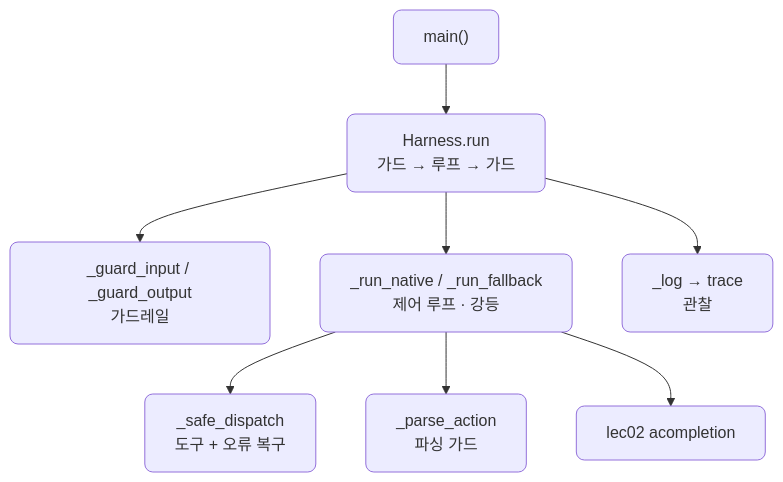
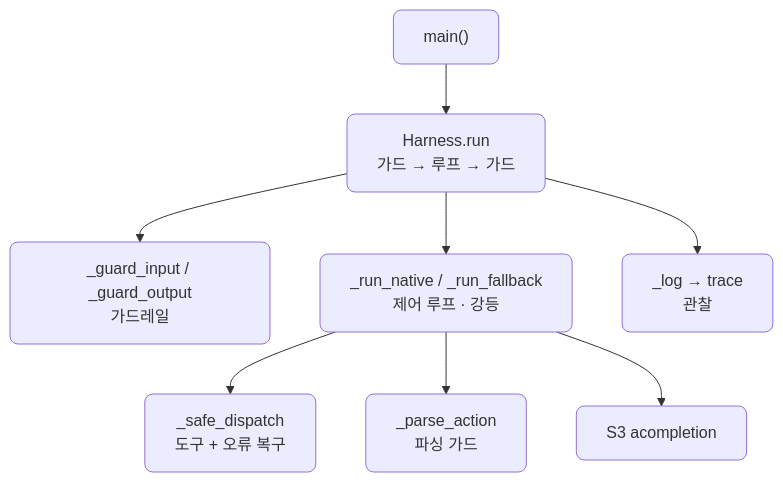
One commit to CodeCompose7/ai_service_engineering changed the tenth of 12 diagrams in docs/section4/lec02/README.md. Above: the diagram before and after it, drawn with Mermaid. The commit also changed 12 other files, not shown here.

````diff
--- a/docs/section4/lec02/README.md
+++ b/docs/section4/lec02/README.md
@@ -193,11 +193,11 @@
 ```mermaid
 flowchart TB
   MAIN["main()"] --> RUN["Harness.run<br/>가드 → 루프 → 가드"]
   RUN --> GI["_guard_input / _guard_output<br/>가드레일"]
   RUN --> RN["_run_native / _run_fallback<br/>제어 루프 · 강등"]
   RN --> SD["_safe_dispatch<br/>도구 + 오류 복구"]
   RN --> PA["_parse_action<br/>파싱 가드"]
-  RN --> LLM["lec02 acompletion"]
+  RN --> LLM["S3 acompletion"]
   RUN --> LOG["_log → trace<br/>관찰"]
   classDef default rx:8,ry:8;
 ```
````
